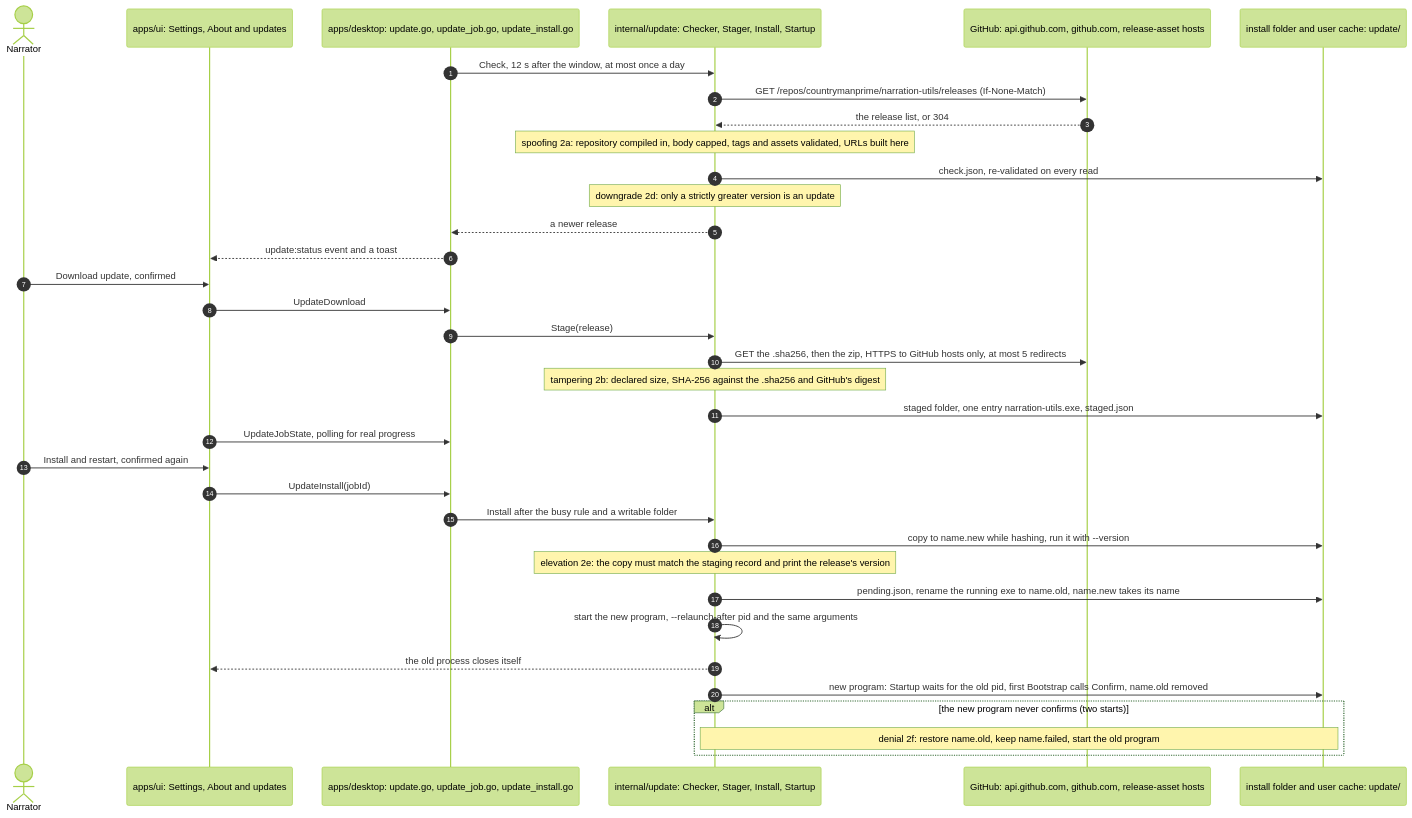
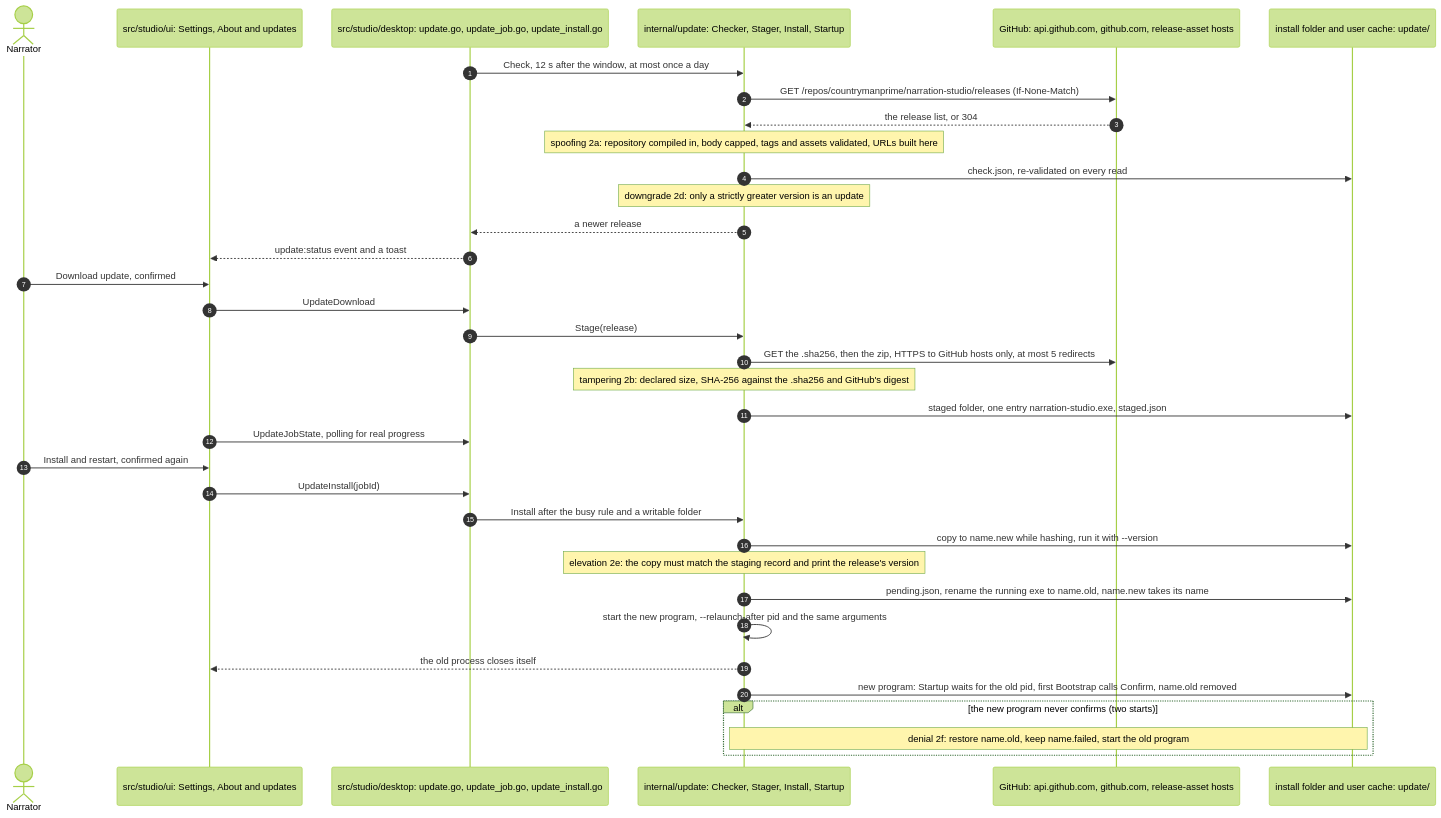
Before and after one commit to countrymanprime/narration-studio: the diagram in docs/architecture/in-app-update.md, drawn with Mermaid (forest theme). The commit also changed other lines of this file and 6019 other files, not shown here.

Commit message:
refactor: move the app under src/studio and the Pages app to src/web (#2264)

````diff
--- a/docs/architecture/in-app-update.md
+++ b/docs/architecture/in-app-update.md
@@ -9,37 +9,37 @@
 ```mermaid
 sequenceDiagram
   autonumber
   actor N as Narrator
-  participant UI as apps/ui: Settings, About and updates
-  participant H as apps/desktop: update.go, update_job.go, update_install.go
+  participant UI as src/studio/ui: Settings, About and updates
+  participant H as src/studio/desktop: update.go, update_job.go, update_install.go
   participant U as internal/update: Checker, Stager, Install, Startup
   participant GH as GitHub: api.github.com, github.com, release-asset hosts
   participant FS as install folder and user cache: update/
   H->>U: Check, 12 s after the window, at most once a day
-  U->>GH: GET /repos/countrymanprime/narration-utils/releases (If-None-Match)
+  U->>GH: GET /repos/countrymanprime/narration-studio/releases (If-None-Match)
   GH-->>U: the release list, or 304
   Note over U: spoofing 2a: repository compiled in, body capped, tags and assets validated, URLs built here
   U->>FS: check.json, re-validated on every read
   Note over U: downgrade 2d: only a strictly greater version is an update
   U-->>H: a newer release
   H-->>UI: update:status event and a toast
   N->>UI: Download update, confirmed
   UI->>H: UpdateDownload
   H->>U: Stage(release)
   U->>GH: GET the .sha256, then the zip, HTTPS to GitHub hosts only, at most 5 redirects
   Note over U: tampering 2b: declared size, SHA-256 against the .sha256 and GitHub's digest
-  U->>FS: staged folder, one entry narration-utils.exe, staged.json
+  U->>FS: staged folder, one entry narration-studio.exe, staged.json
   UI->>H: UpdateJobState, polling for real progress
   N->>UI: Install and restart, confirmed again
   UI->>H: UpdateInstall(jobId)
   H->>U: Install after the busy rule and a writable folder
   U->>FS: copy to name.new while hashing, run it with --version
   Note over U: elevation 2e: the copy must match the staging record and print the release's version
   U->>FS: pending.json, rename the running exe to name.old, name.new takes its name
   U->>U: start the new program, --relaunch-after pid and the same arguments
   U-->>UI: the old process closes itself
   U->>FS: new program: Startup waits for the old pid, first Bootstrap calls Confirm, name.old removed
   alt the new program never confirms (two starts)
     Note over U,FS: denial 2f: restore name.old, keep name.failed, start the old program
   end
 ```
````
